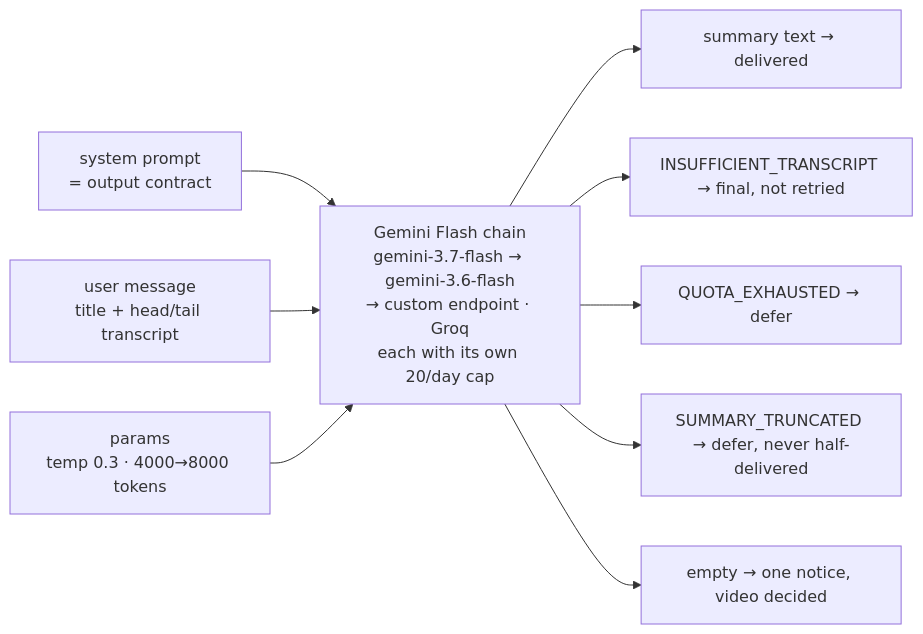
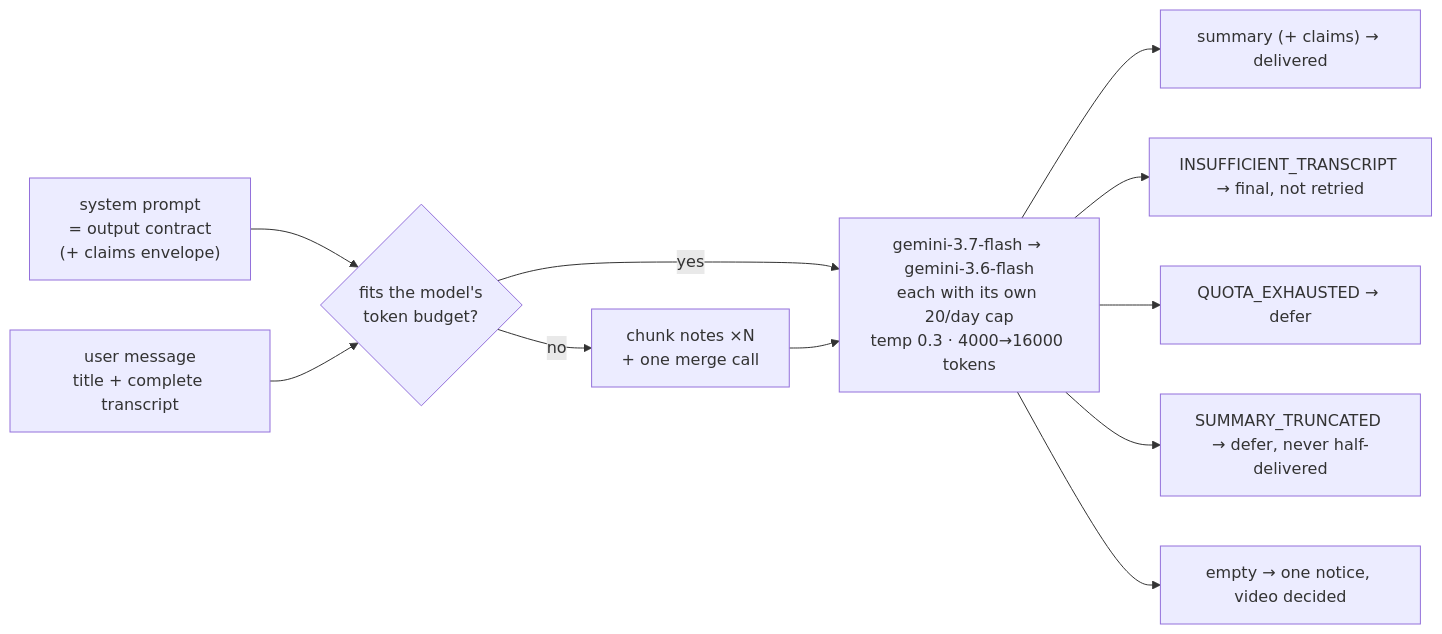
Before and after one commit to Oussamawork/YouTubeAutoSummarizer: the third of 4 diagrams in docs/architecture.md, drawn with Mermaid. The commit also changed other lines of this file, not shown here.

First line of the commit message:
docs: bring the architecture doc up to date with main

````diff
--- a/docs/architecture.md
+++ b/docs/architecture.md
@@ -163,12 +268,14 @@
 ```mermaid
 flowchart LR
-    SYS["system prompt<br/>= output contract"] --> M
-    USR["user message<br/>title + head/tail transcript"] --> M
-    PAR["params<br/>temp 0.3 · 4000→8000 tokens"] --> M
-    M["Gemini Flash chain<br/>gemini-3.7-flash → gemini-3.6-flash<br/>→ custom endpoint · Groq<br/>each with its own 20/day cap"]
-    M --> R1["summary text → delivered"]
+    SYS["system prompt<br/>= output contract<br/>(+ claims envelope)"] --> FIT
+    USR["user message<br/>title + complete transcript"] --> FIT
+    FIT{"fits the model's<br/>token budget?"}
+    FIT -->|yes| M
+    FIT -->|no| CH["chunk notes ×N<br/>+ one merge call"] --> M
+    M["gemini-3.7-flash → gemini-3.6-flash<br/>each with its own 20/day cap<br/>temp 0.3 · 4000→16000 tokens"]
+    M --> R1["summary (+ claims) → delivered"]
     M --> R2["INSUFFICIENT_TRANSCRIPT → final, not retried"]
     M --> R3["QUOTA_EXHAUSTED → defer"]
     M --> R4["SUMMARY_TRUNCATED → defer, never half-delivered"]
     M --> R5["empty → one notice, video decided"]
 ```
````
